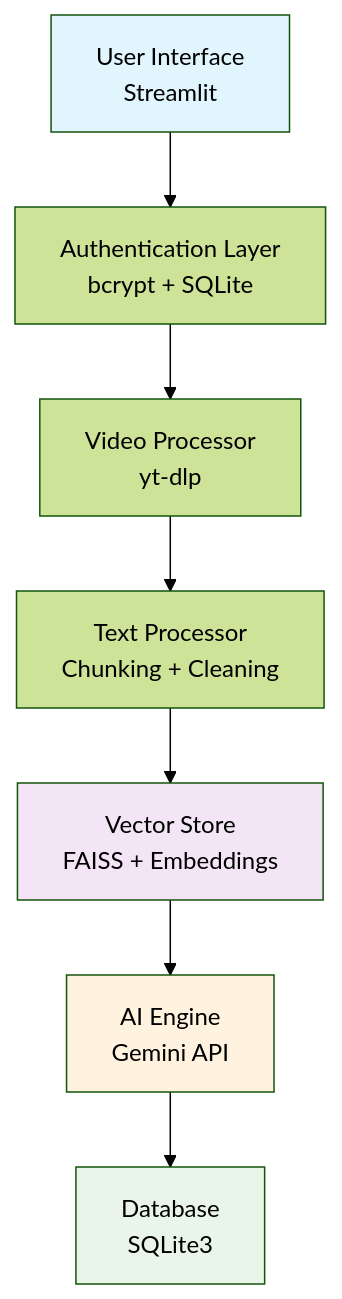
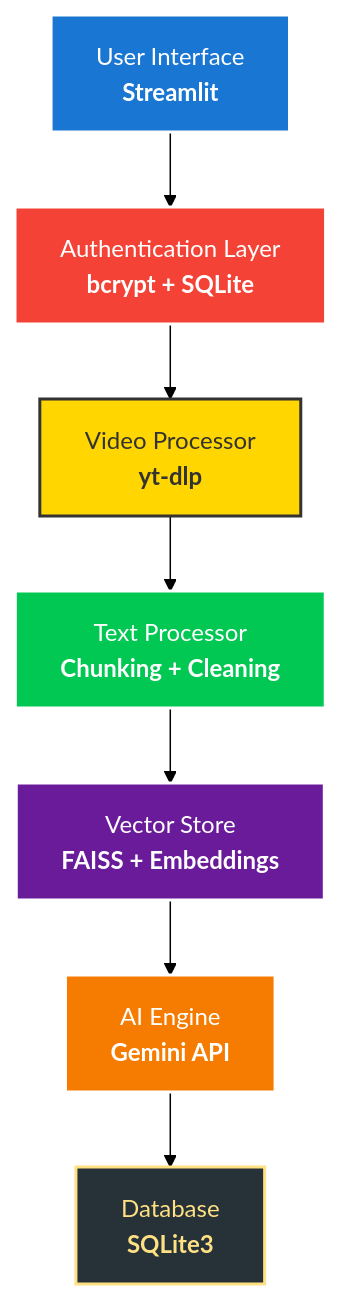
Before and after one commit to TheSkyBiz/yt-video-summariser: the diagram in README.md, drawn with Mermaid (forest theme).

Commit message:
Enhance system architecture diagram with styling

````diff
--- a/README.md
+++ b/README.md
@@ -38,14 +38,34 @@
 ```mermaid
 graph TB
-    A[User Interface<br/>Streamlit] --> B[Authentication Layer<br/>bcrypt + SQLite]
-    B --> C[Video Processor<br/>yt-dlp]
-    C --> D[Text Processor<br/>Chunking + Cleaning]
-    D --> E[Vector Store<br/>FAISS + Embeddings]
-    E --> F[AI Engine<br/>Gemini API]
-    F --> G[Database<br/>SQLite3]
-    
-    style A fill:#e1f5fe
-    style F fill:#fff3e0
-    style E fill:#f3e5f5
-    style G fill:#e8f5e8
+    A["User Interface<br/><b>Streamlit</b>"]:::ui
+    B["Authentication Layer<br/><b>bcrypt + SQLite</b>"]:::auth
+    C["Video Processor<br/><b>yt-dlp</b>"]:::video
+    D["Text Processor<br/><b>Chunking + Cleaning</b>"]:::text
+    E["Vector Store<br/><b>FAISS + Embeddings</b>"]:::vector
+    F["AI Engine<br/><b>Gemini API</b>"]:::ai
+    G["Database<br/><b>SQLite3</b>"]:::db
+
+    A --> B
+    B --> C
+    C --> D
+    D --> E
+    E --> F
+    F --> G
+
+    classDef ui fill:#1976d2,stroke:#fff,stroke-width:2,color:#fff
+    classDef auth fill:#f44336,stroke:#fff,stroke-width:2,color:#fff
+    classDef video fill:#ffd600,stroke:#333,stroke-width:2,color:#333
+    classDef text fill:#00c853,stroke:#fff,stroke-width:2,color:#fff
+    classDef vector fill:#6a1b9a,stroke:#fff,stroke-width:2,color:#fff
+    classDef ai fill:#f57c00,stroke:#fff,stroke-width:2,color:#fff
+    classDef db fill:#263238,stroke:#ffe082,stroke-width:2,color:#ffe082
+
+    class A ui
+    class B auth
+    class C video
+    class D text
+    class E vector
+    class F ai
+    class G db
+
 ```
````
